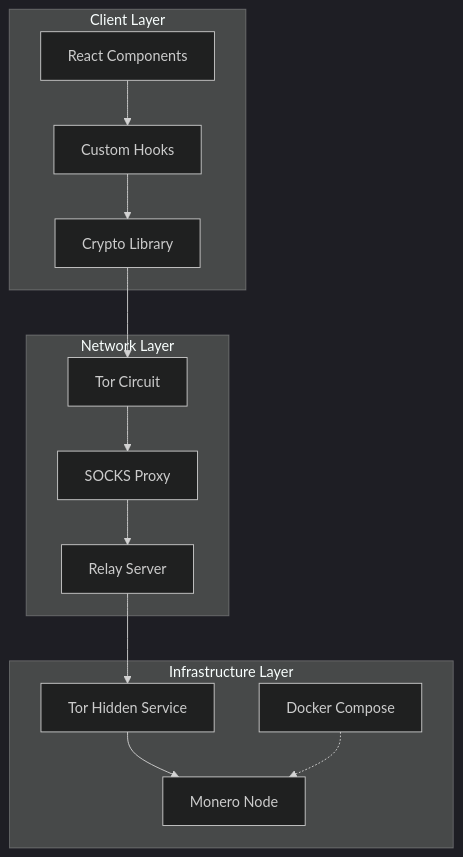
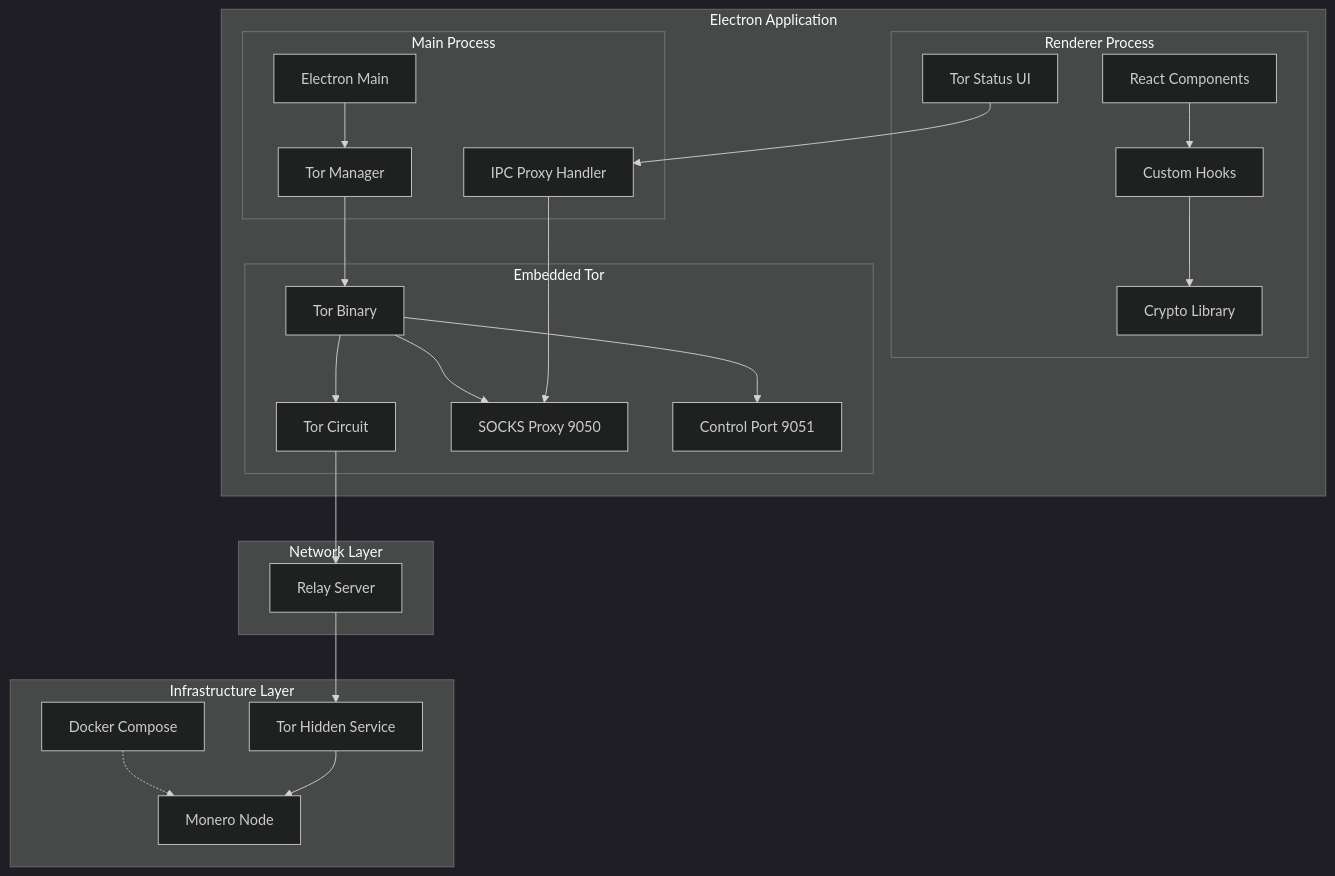
Before and after one commit to Nileshsri2022/anonchat: the first of 5 diagrams in README.md, drawn with Mermaid (dark theme). The commit also changed other lines of this file and 39 other files, not shown here.

````diff
--- a/README.md
+++ b/README.md
@@ -39,29 +39,48 @@
 ```mermaid
 graph TB
-    subgraph "Client Layer"
-        UI[React Components]
-        Hooks[Custom Hooks]
-        Crypto[Crypto Library]
+    subgraph "Electron Application"
+        subgraph "Renderer Process"
+            UI[React Components]
+            Hooks[Custom Hooks]
+            Crypto[Crypto Library]
+            TorStatus[Tor Status UI]
+        end
+
+        subgraph "Main Process"
+            ElectronMain[Electron Main]
+            TorManager[Tor Manager]
+            IPCProxy[IPC Proxy Handler]
+        end
+
+        subgraph "Embedded Tor"
+            TorBinary[Tor Binary]
+            TorCircuit[Tor Circuit]
+            TorSOCKS[SOCKS Proxy 9050]
+            TorControl[Control Port 9051]
+        end
     end
 
     subgraph "Network Layer"
-        Tor[Tor Circuit]
-        Proxy[SOCKS Proxy]
         Relay[Relay Server]
     end
 
     subgraph "Infrastructure Layer"
         Monero[Monero Node]
         Hidden[Tor Hidden Service]
         Docker[Docker Compose]
     end
 
     UI --> Hooks
     Hooks --> Crypto
-    Crypto --> Tor
-    Tor --> Proxy
-    Proxy --> Relay
+    TorStatus --> IPCProxy
+    IPCProxy --> TorSOCKS
+    ElectronMain --> TorManager
+    TorManager --> TorBinary
+    TorBinary --> TorCircuit
+    TorBinary --> TorSOCKS
+    TorBinary --> TorControl
+    TorCircuit --> Relay
     Relay --> Hidden
     Hidden --> Monero
     Docker -.-> Monero
 ```
````
